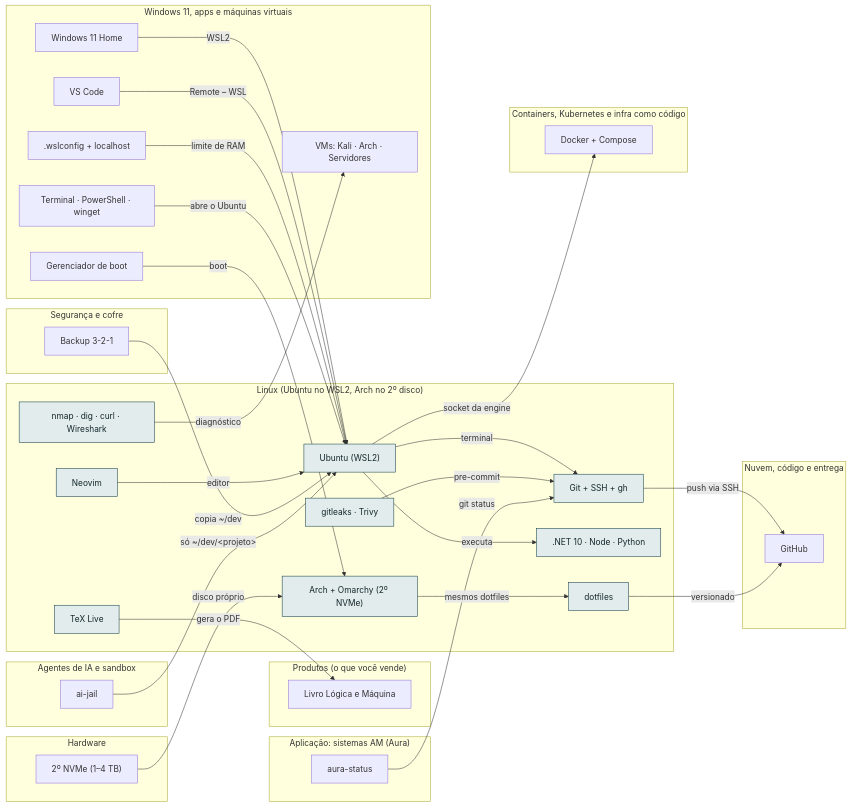
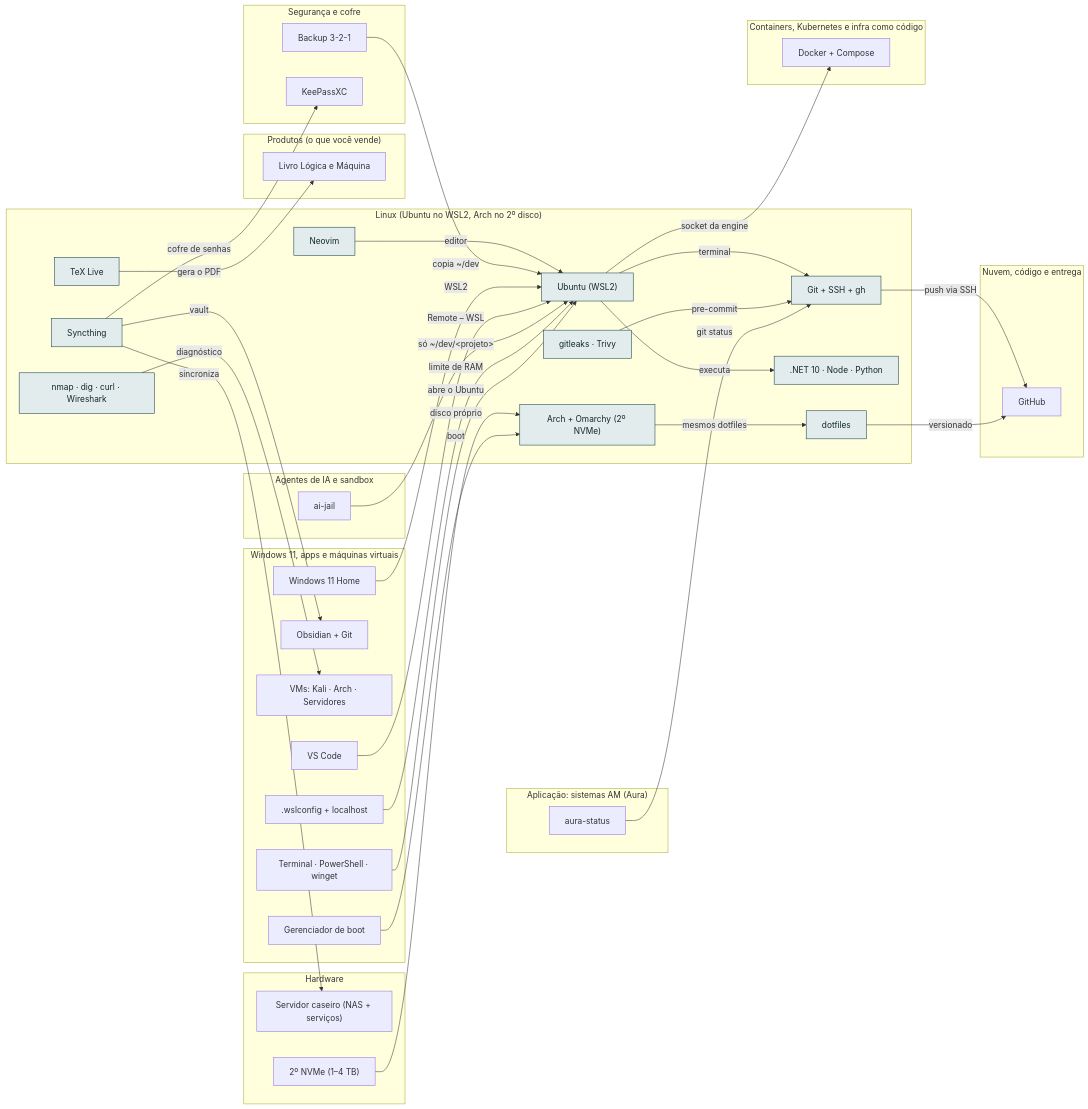
Before and after one commit to AlanMateus17/dev-setup: the diagram in docs/camadas/04-lin.md, drawn with Mermaid. The commit also changed other lines of this file and 21 other files, not shown here.

````diff
--- a/docs/camadas/04-lin.md
+++ b/docs/camadas/04-lin.md
@@ -14,64 +14,71 @@
 ```mermaid
 flowchart LR
   subgraph L_lin["Linux (Ubuntu no WSL2, Arch no 2º disco)"]
     n_nvim["Neovim"]
     n_netw["nmap · dig · curl · Wireshark"]
     n_wsl["Ubuntu (WSL2)"]
     n_git["Git + SSH + gh"]
     n_rt[".NET 10 · Node · Python"]
     n_tex["TeX Live"]
     n_sec["gitleaks · Trivy"]
     n_dot["dotfiles"]
     n_arch["Arch + Omarchy (2º NVMe)"]
+    n_syncth["Syncthing"]
   end
   subgraph L_prod["Produtos (o que você vende)"]
     n_livro["Livro Lógica e Máquina"]
   end
   subgraph L_nuvem["Nuvem, código e entrega"]
     n_gh["GitHub"]
   end
   subgraph L_app["Aplicação: sistemas AM (Aura)"]
     n_status["aura-status"]
   end
   subgraph L_cnt["Containers, Kubernetes e infra como código"]
     n_docker["Docker + Compose"]
   end
   subgraph L_ia["Agentes de IA e sandbox"]
     n_jail["ai-jail"]
   end
   subgraph L_win["Windows 11, apps e máquinas virtuais"]
     n_boot["Gerenciador de boot"]
+    n_obsd["Obsidian + Git"]
     n_vms["VMs: Kali · Arch · Servidores"]
     n_vsc["VS Code"]
     n_w11["Windows 11 Home"]
     n_wslcfg[".wslconfig + localhost"]
     n_wterm["Terminal · PowerShell · winget"]
   end
   subgraph L_seg["Segurança e cofre"]
     n_bkp["Backup 3-2-1"]
+    n_kee["KeePassXC"]
   end
   subgraph L_hw["Hardware"]
+    n_nas["Servidor caseiro (NAS + serviços)"]
     n_nvme["2º NVMe (1–4 TB)"]
   end
   n_nvim -->|"editor"| n_wsl
   n_netw -->|"diagnóstico"| n_vms
   n_wsl -->|"terminal"| n_git
   n_wsl -->|"executa"| n_rt
   n_wsl -->|"socket da engine"| n_docker
   n_bkp -->|"copia ~/dev"| n_wsl
   n_w11 -->|"WSL2"| n_wsl
   n_vsc -->|"Remote – WSL"| n_wsl
   n_jail -->|"só ~/dev/#lt;projeto#gt;"| n_wsl
   n_wslcfg -->|"limite de RAM"| n_wsl
   n_wterm -->|"abre o Ubuntu"| n_wsl
   n_git -->|"push via SSH"| n_gh
   n_sec -->|"pre-commit"| n_git
   n_status -->|"git status"| n_git
   n_tex -->|"gera o PDF"| n_livro
   n_dot -->|"versionado"| n_gh
   n_arch -->|"mesmos dotfiles"| n_dot
   n_nvme -->|"disco próprio"| n_arch
   n_boot -->|"boot"| n_arch
+  n_syncth -->|"sincroniza"| n_nas
+  n_syncth -->|"vault"| n_obsd
+  n_syncth -->|"cofre de senhas"| n_kee
   classDef desta fill:#e2ecec,stroke:#0e3a45,color:#13262b
-  class n_nvim,n_netw,n_wsl,n_git,n_rt,n_tex,n_sec,n_dot,n_arch desta
+  class n_nvim,n_netw,n_wsl,n_git,n_rt,n_tex,n_sec,n_dot,n_arch,n_syncth desta
 ```
````
